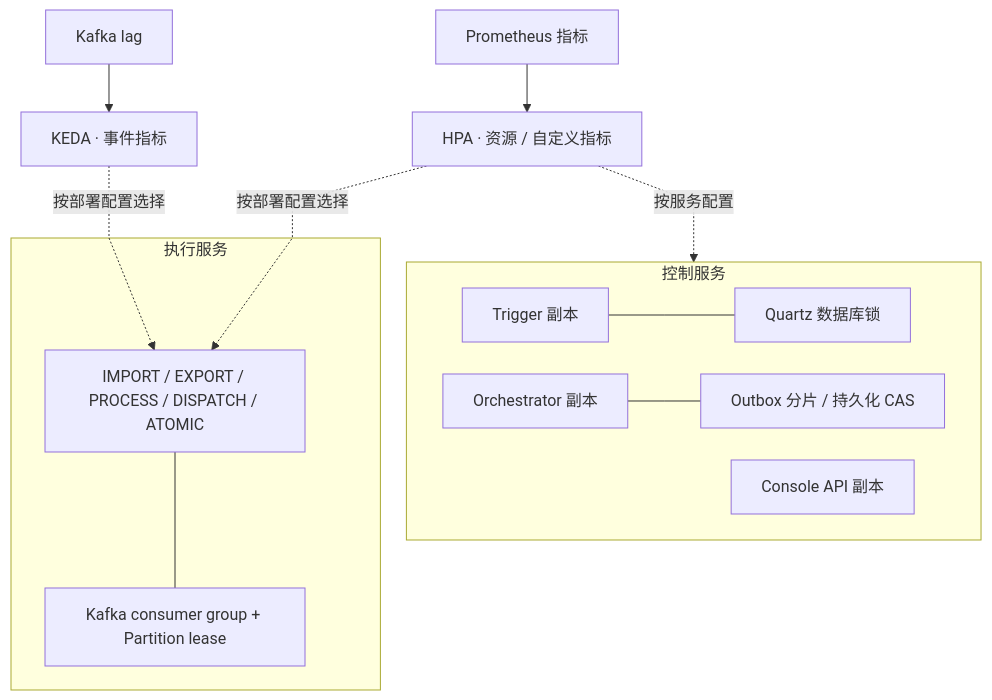
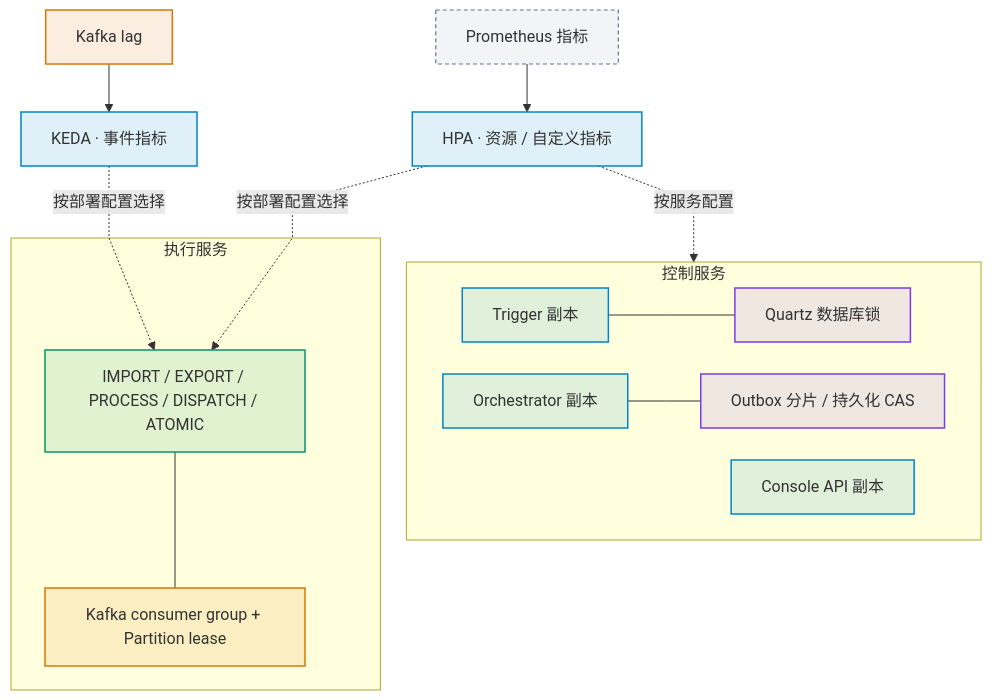
Before and after one commit to pinpols/file-batch-system: the eighth of 23 diagrams in docs/architecture/system-flow-overview.md, drawn with Mermaid. The commit also changed other lines of this file and 34 other files, not shown here.

First line of the commit message:
docs(diagram): 完成 P3 Mermaid 图样式收口并补充制图规范 (#1390)

````diff
--- a/docs/architecture/system-flow-overview.md
+++ b/docs/architecture/system-flow-overview.md
@@ -304,19 +319,25 @@
 ```mermaid
 %%{init: {"flowchart":{"curve":"linear","nodeSpacing":32,"rankSpacing":48},"sequence":{"mirrorActors":false}}}%%
 flowchart TB
   subgraph CONTROL["控制服务"]
-    T["Trigger 副本"] --- Q["Quartz 数据库锁"]
-    O["Orchestrator 副本"] --- SH["Outbox 分片 / 持久化 CAS"]
-    C["Console API 副本"]
+    T["Trigger 副本"]:::control --- Q["Quartz 数据库锁"]:::store
+    O["Orchestrator 副本"]:::control --- SH["Outbox 分片 / 持久化 CAS"]:::store
+    C["Console API 副本"]:::control
   end
   subgraph EXEC["执行服务"]
-    W["IMPORT / EXPORT / PROCESS / DISPATCH / ATOMIC"]
-    CG["Kafka consumer group + Partition lease"]
+    W["IMPORT / EXPORT / PROCESS / DISPATCH / ATOMIC"]:::worker
+    CG["Kafka consumer group + Partition lease"]:::mq
     W --- CG
   end
-  P["Prometheus 指标"] --> H["HPA · 资源 / 自定义指标"]
-  K["Kafka lag"] --> KE["KEDA · 事件指标"]
+  P["Prometheus 指标"]:::ext --> H["HPA · 资源 / 自定义指标"]:::control
+  K["Kafka lag"]:::mq --> KE["KEDA · 事件指标"]:::control
   H -. "按部署配置选择" .-> W
   KE -. "按部署配置选择" .-> W
   H -. "按服务配置" .-> CONTROL
+
+  classDef control fill:#0284c71f,stroke:#0284c7,stroke-width:1.5px
+  classDef mq fill:#d977061f,stroke:#d97706,stroke-width:1.5px
+  classDef worker fill:#0596691f,stroke:#059669,stroke-width:1.5px
+  classDef store fill:#7c3aed1f,stroke:#7c3aed,stroke-width:1.5px
+  classDef ext fill:#64748b14,stroke:#64748b,stroke-width:1.2px,stroke-dasharray:4 3
 ```
````
